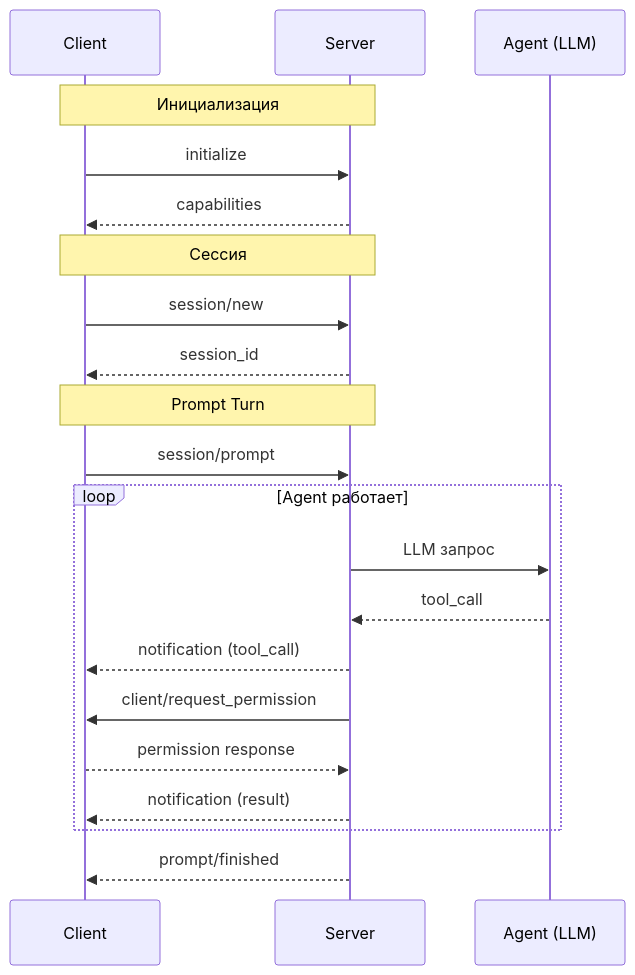
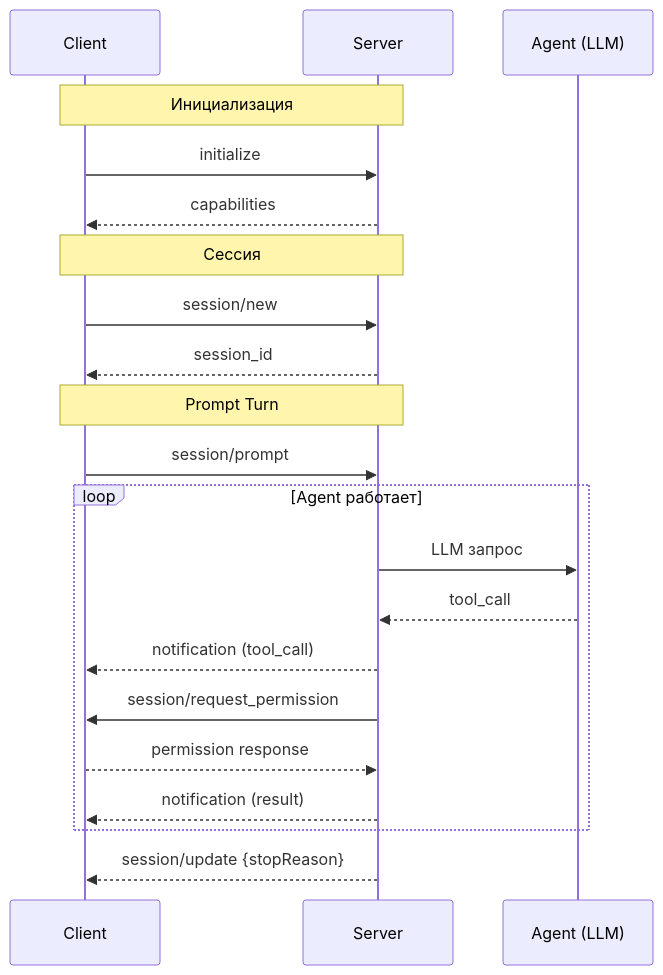
The sixth of 13 diagrams in doc/product/overview/02-architecture.md (pese-git/codelab-ai), drawn with Mermaid before and after one commit. The commit also changed other lines of this file and 22 other files, not shown here.

````diff
--- a/doc/product/overview/02-architecture.md
+++ b/doc/product/overview/02-architecture.md
@@ -109,28 +307,28 @@
 ```mermaid
 sequenceDiagram
     participant C as Client
     participant S as Server
     participant A as Agent (LLM)
     
     Note over C,S: Инициализация
     C->>S: initialize
     S-->>C: capabilities
     
     Note over C,S: Сессия
     C->>S: session/new
     S-->>C: session_id
     
     Note over C,S: Prompt Turn
     C->>S: session/prompt
     
     loop Agent работает
         S->>A: LLM запрос
         A-->>S: tool_call
         S-->>C: notification (tool_call)
-        S->>C: client/request_permission
+        S->>C: session/request_permission
         C-->>S: permission response
         S-->>C: notification (result)
     end
     
-    S-->>C: prompt/finished
+    S-->>C: session/update {stopReason}
 ```
````
